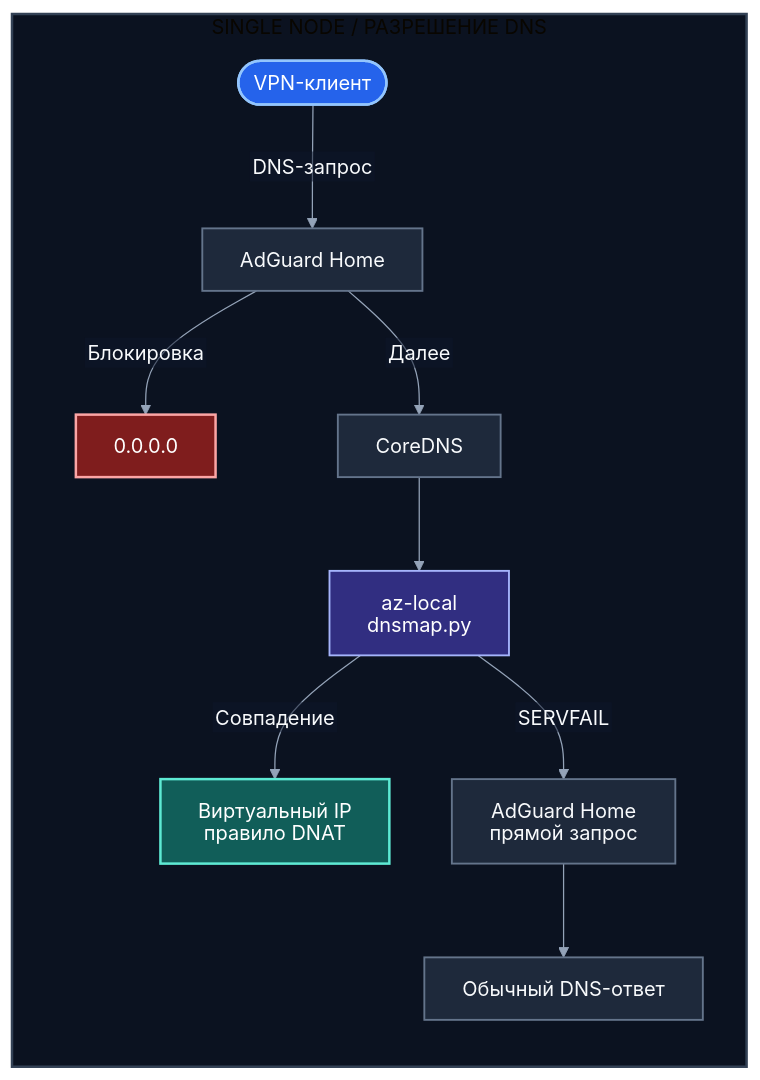
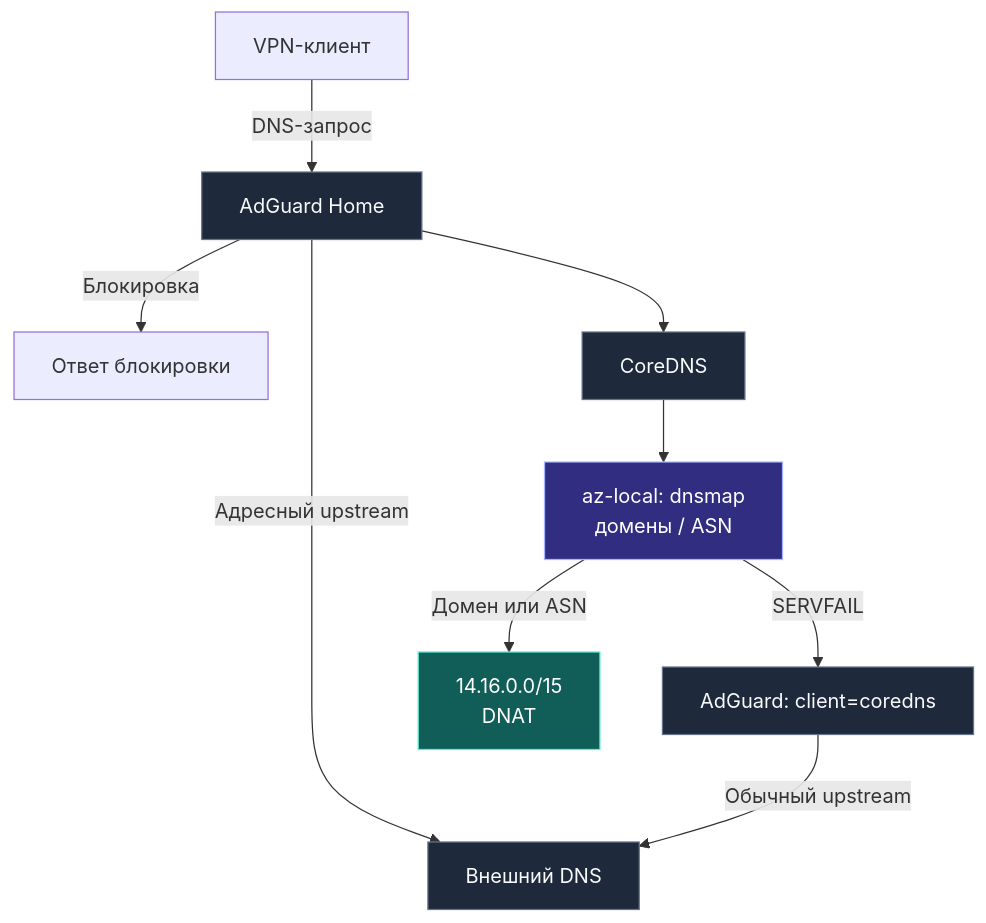
Before and after one commit to xtrime-ru/antizapret-vpn-docker: the second of 3 diagrams in README_RU.md, drawn with Mermaid. The commit also changed other lines of this file and 1 other file, not shown here.

Commit message:
Docs: update routing rules, DNS diagrams and README contents

````diff
--- a/README_RU.md
+++ b/README_RU.md
@@ -440,25 +465,18 @@
 ```mermaid
-%%{init: {"theme":"base","htmlLabels":false,"flowchart":{"htmlLabels":false},"themeVariables":{"primaryTextColor":"#f8fafc","lineColor":"#94a3b8","textColor":"#e2e8f0","edgeLabelBackground":"#0f172a"},"themeCSS":".cluster-label text { fill: #f8fafc !important; } .cluster rect { rx: 18px; ry: 18px; } .node rect { rx: 10px; ry: 10px; }"}}%%
 flowchart TB
-    subgraph canvas["SINGLE NODE  /  РАЗРЕШЕНИЕ DNS"]
-        direction TB
-        client([VPN-клиент]) -->|DNS-запрос| adguard[AdGuard Home]
-        adguard -->|Блокировка| deny[0.0.0.0]
-        adguard -->|Далее| core[CoreDNS]
-        core --> local[az-local<br/>dnsmap.py]
-        local -->|Совпадение| mapped[Виртуальный IP<br/>правило DNAT]
-        local -->|SERVFAIL| retry[AdGuard Home<br/>прямой запрос]
-        retry --> normal[Обычный DNS-ответ]
-    end
-    style canvas fill:#0b1220,stroke:#334155,stroke-width:2px,color:#f8fafc
-    classDef client fill:#2563eb,stroke:#93c5fd,stroke-width:2px,color:#ffffff
-    classDef service fill:#1e293b,stroke:#64748b,stroke-width:1.5px,color:#f8fafc
-    classDef exit fill:#312e81,stroke:#a5b4fc,stroke-width:1.5px,color:#ffffff
-    classDef mapped fill:#115e59,stroke:#5eead4,stroke-width:2px,color:#ffffff
-    classDef blocked fill:#7f1d1d,stroke:#fca5a5,stroke-width:2px,color:#ffffff
-    class client client
-    class adguard,core,retry,normal service
+    client["VPN-клиент"] -->|DNS-запрос| adguard["AdGuard Home"]
+    adguard -->|Блокировка| deny["Ответ блокировки"]
+    adguard -->|Адресный upstream| external["Внешний DNS"]
+    adguard --> core["CoreDNS"]
+    core --> local
+    local["az-local: dnsmap<br/>домены / ASN"]
+    local -->|Домен или ASN| localip["14.16.0.0/15<br/>DNAT"]
+    local -->|SERVFAIL| retry["AdGuard: client=coredns"]
+    retry -->|Обычный upstream| external
+    classDef service fill:#1e293b,stroke:#64748b,color:#f8fafc
+    classDef exit fill:#312e81,stroke:#a5b4fc,color:#ffffff
+    classDef mapped fill:#115e59,stroke:#5eead4,color:#ffffff
+    class adguard,core,retry,external service
     class local exit
-    class mapped mapped
-    class deny blocked
+    class localip mapped
 ```
````
